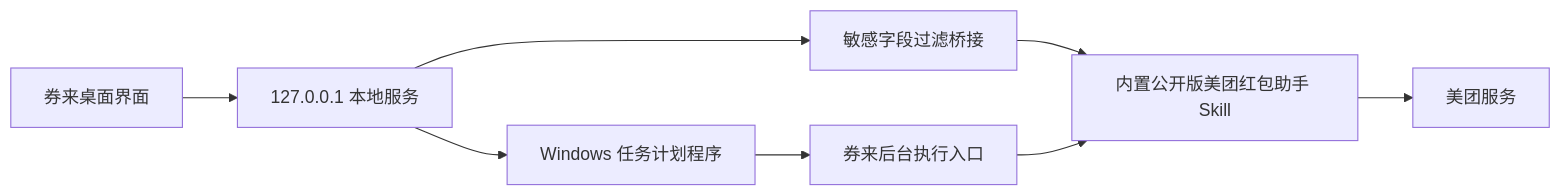
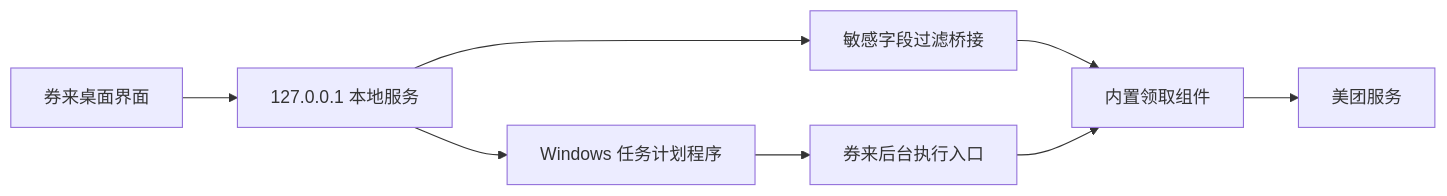
Before and after one commit to universe-1234/quanlai: the diagram in README.md, drawn with Mermaid. The commit also changed other lines of this file, not shown here.

````diff
--- a/README.md
+++ b/README.md
@@ -55,10 +57,10 @@
 ```mermaid
 flowchart LR
     UI["券来桌面界面"] --> API["127.0.0.1 本地服务"]
     API --> BRIDGE["敏感字段过滤桥接"]
-    BRIDGE --> SKILL["内置公开版美团红包助手 Skill"]
+    BRIDGE --> SKILL["内置领取组件"]
     SKILL --> SERVICE["美团服务"]
     API --> TASK["Windows 任务计划程序"]
     TASK --> APP["券来后台执行入口"]
     APP --> SKILL
 ```
````
